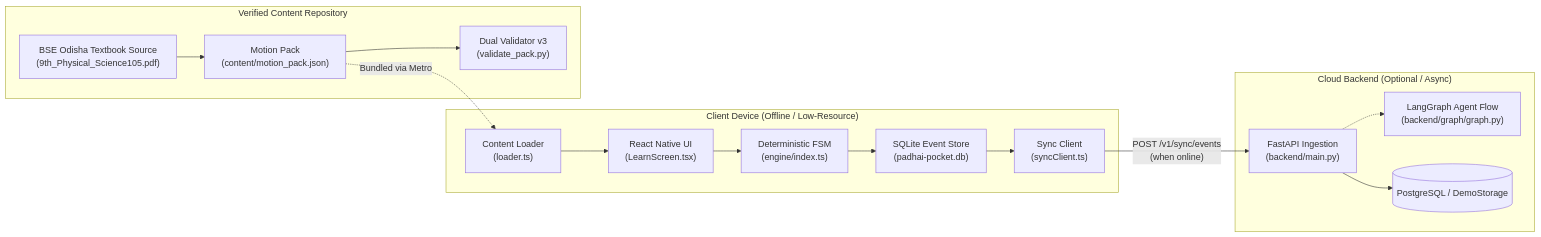
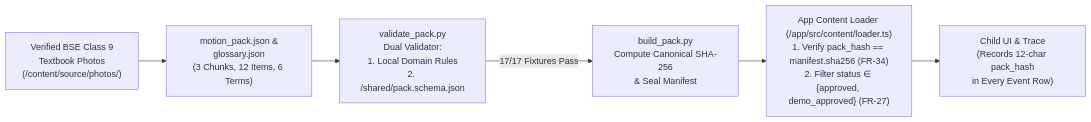
Before and after one commit to SIBAM890/Padhai-Pocket: the sixth of 6 diagrams in README.md, drawn with Mermaid. The commit also changed other lines of this file, not shown here.

````diff
--- a/README.md
+++ b/README.md
@@ -75,35 +284,8 @@
 ```mermaid
-graph LR
-    subgraph Client ["Client Device (Offline / Low-Resource)"]
-        UI["React Native UI<br/>(LearnScreen.tsx)"]
-        CL["Content Loader<br/>(loader.ts)"]
-        ENG["Deterministic FSM<br/>(engine/index.ts)"]
-        SQL["SQLite Event Store<br/>(padhai-pocket.db)"]
-        SYNC["Sync Client<br/>(syncClient.ts)"]
-        
-        CL --> UI
-        UI --> ENG
-        ENG --> SQL
-        SQL --> SYNC
-    end
-
-    subgraph Content ["Verified Content Repository"]
-        SRC["BSE Odisha Textbook Source<br/>(9th_Physical_Science105.pdf)"]
-        PACK["Motion Pack<br/>(content/motion_pack.json)"]
-        VAL["Dual Validator v3<br/>(validate_pack.py)"]
-        
-        SRC --> PACK
-        PACK --> VAL
-        PACK -.->|"Bundled via Metro"| CL
-    end
-
-    subgraph Backend ["Cloud Backend (Optional / Async)"]
-        API["FastAPI Ingestion<br/>(backend/main.py)"]
-        GRAPH["LangGraph Agent Flow<br/>(backend/graph/graph.py)"]
-        DB[("PostgreSQL / DemoStorage")]
-        
-        SYNC -->|"POST /v1/sync/events<br/>(when online)"| API
-        API --> DB
-        API -.-> GRAPH
-    end
+flowchart LR
+    Photos["Verified BSE Class 9<br/>Textbook Photos<br/>(/content/source/photos/)"] --> PackJSON["motion_pack.json &<br/>glossary.json<br/>(3 Chunks, 12 Items, 6 Terms)"]
+    PackJSON --> Validator["validate_pack.py<br/>Dual Validator:<br/>1. Local Domain Rules<br/>2. /shared/pack.schema.json"]
+    Validator -->|"17/17 Fixtures Pass"| Sealer["build_pack.py<br/>Compute Canonical SHA-256<br/>& Seal Manifest"]
+    Sealer --> RuntimeGate["App Content Loader (/app/src/content/loader.ts)<br/>1. Verify pack_hash == manifest.sha256 (FR-34)<br/>2. Filter status ∈ {approved, demo_approved} (FR-27)"]
+    RuntimeGate --> ChildUI["Child UI & Trace<br/>(Records 12-char pack_hash<br/>in Every Event Row)"]
 ```
````
